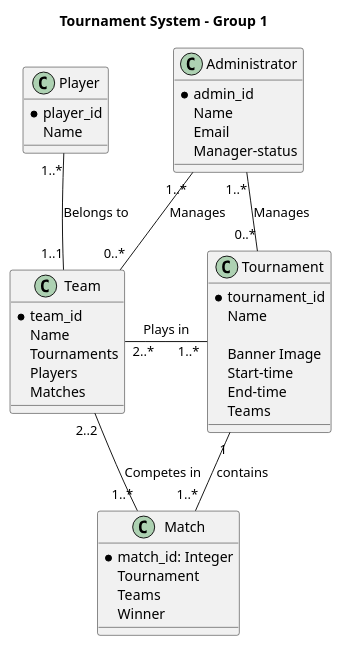
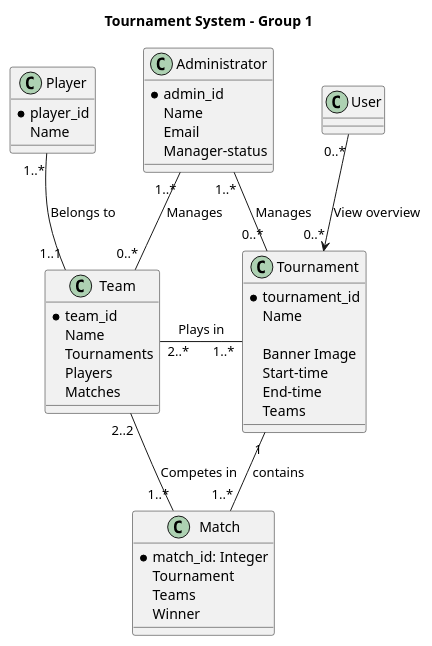
One commit to felixalbrigtsen/asura-tmdb changed the diagram in documentation/domainModel.puml. Above: the diagram before and after it, drawn with PlantUML.

Commit message:
Update diagrams after superviser feedback

```diff
--- a/documentation/domainModel.puml
+++ b/documentation/domainModel.puml
@@ -1,49 +1,53 @@
 @startuml Tournament System
 title Tournament System - Group 1 
 
 class Match {
     *match_id: Integer
     Tournament
     Teams
     Winner
 }
 
 class Team {
     *team_id
     Name
     Tournaments
     Players
     Matches
 }
 
 class Player {
     *player_id
     Name
 }
 
 class Tournament {
     *tournament_id
     Name
     
     Banner Image
     Start-time
     End-time
     Teams
 }
 
 class Administrator {
     *admin_id
     Name
     Email
     Manager-status
 }
 
+class User {
+    
+}
+
 Team "2..*" - "1..*" Tournament : "Plays in"
 Tournament "1" -- "1..*" Match : contains
 Player "1..*" -- "1..1" Team : "Belongs to"
 Team "2..2" -- "1..*" Match : "Competes in"
 
 Administrator "1..*" -- "0..*" Tournament : "Manages"
 Administrator "1..*" -- "0..*" Team : "Manages"
-
+User "0..*" --> "0..*" Tournament : "View overview"
 @enduml
```
